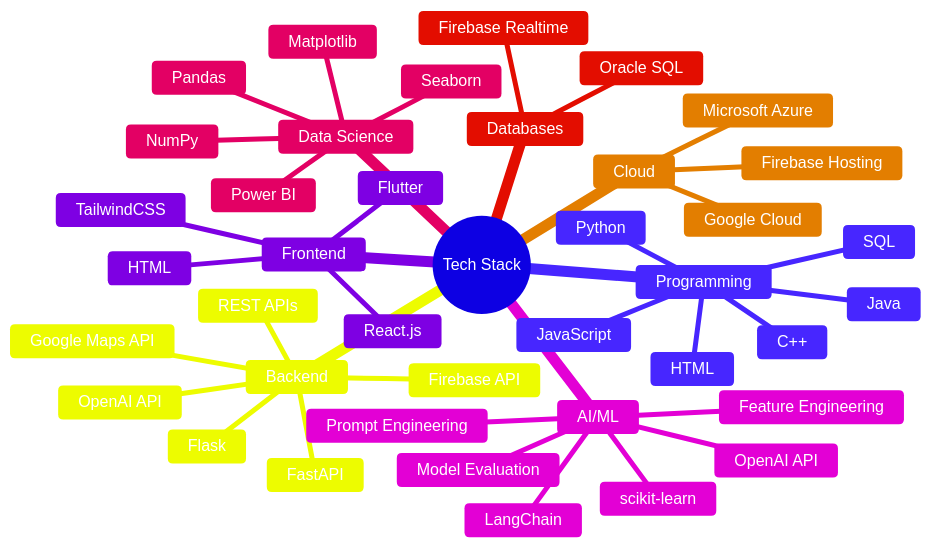
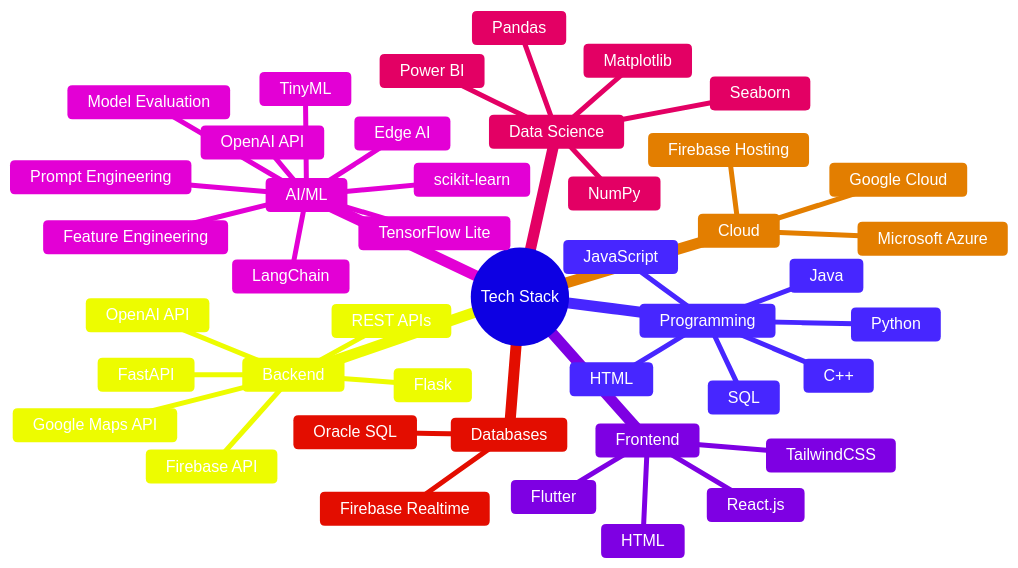
Before and after one commit to wardacoder/wardacoder: the diagram in README.md, drawn with Mermaid. The commit also changed other lines of this file, not shown here.

````diff
--- a/README.md
+++ b/README.md
@@ -84,44 +87,47 @@
 ```mermaid
 %%{init: {'theme': 'base', 'themeVariables': { 'primaryColor': '#6C63FF', 'primaryTextColor': '#ffffff', 'lineColor': '#8A2BE2', 'secondaryColor': '#b3a5ff'}}}%%
 mindmap
   root((Tech Stack))
     Programming
       Python
       JavaScript
       Java
       C++
       SQL
       HTML
     Backend
       FastAPI
       Flask
       REST APIs
       OpenAI API
       Firebase API
       Google Maps API
     Frontend
       React.js
       Flutter
       HTML
       TailwindCSS
     AI/ML
       scikit-learn
       LangChain
       OpenAI API
       Feature Engineering
       Model Evaluation
       Prompt Engineering
+      TensorFlow Lite
+      TinyML
+      Edge AI
     Data Science
       Matplotlib
       Seaborn
       Power BI
       Pandas
       NumPy
     Databases
       Oracle SQL
       Firebase Realtime
     Cloud
       Google Cloud
       Firebase Hosting
       Microsoft Azure
 ```
````
